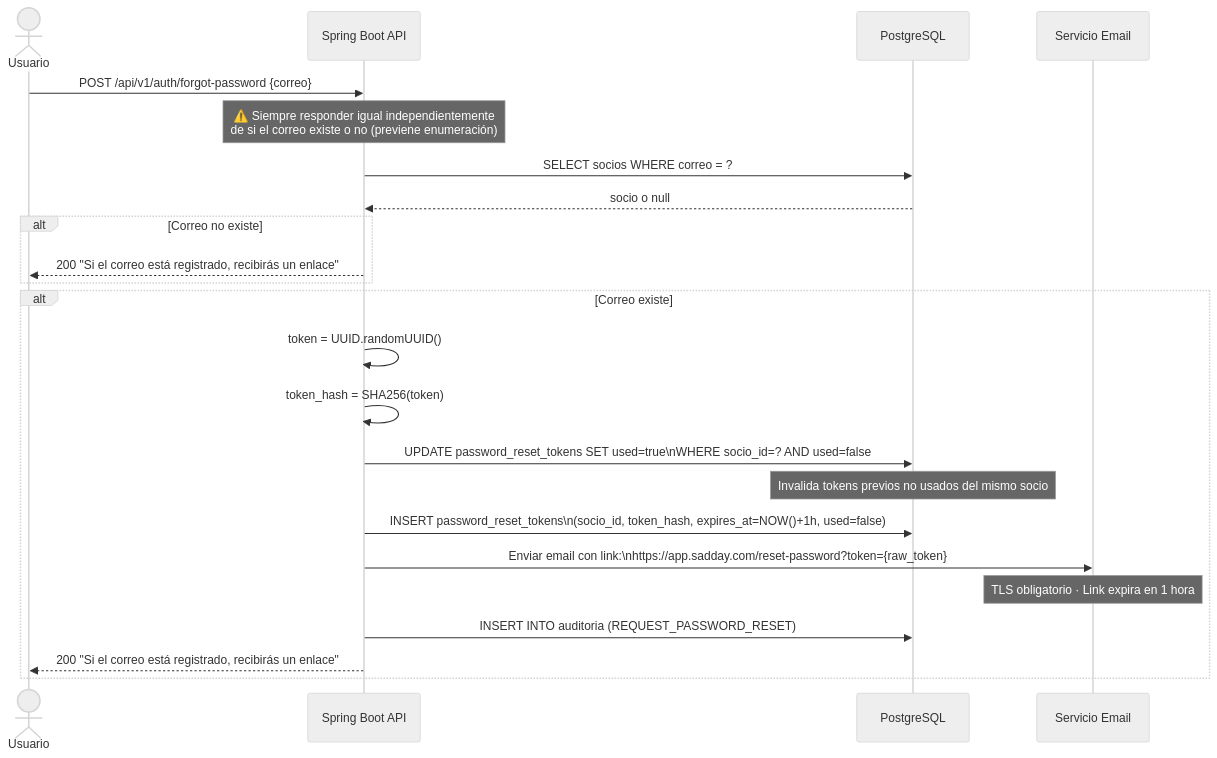
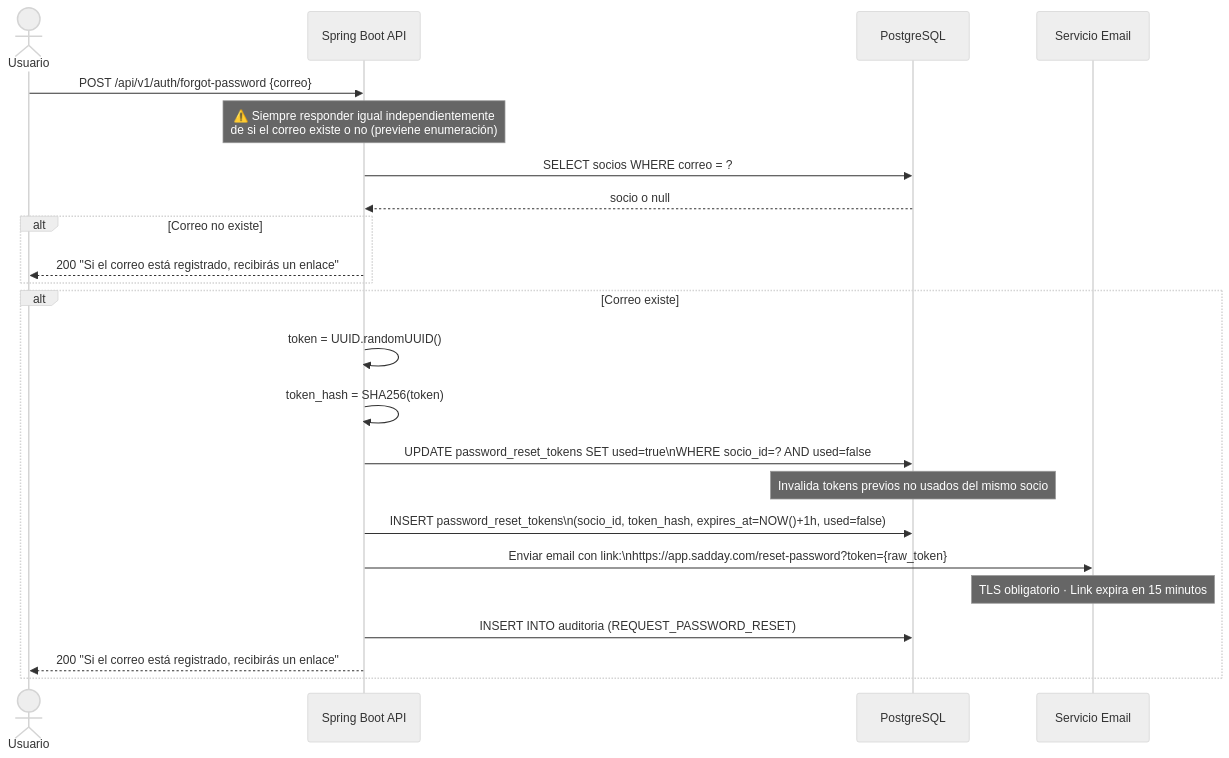
Before and after one commit to ovo86da/sadday-app: the first of 5 diagrams in docs/security/diagramas/03_flujo_reset_password.md, drawn with Mermaid (neutral theme). The commit also changed other lines of this file and 3 other files, not shown here.

Commit message:
docs(diagramas): corregir 4 errores factuales en diagramas y arquitectura general

````diff
--- a/docs/security/diagramas/03_flujo_reset_password.md
+++ b/docs/security/diagramas/03_flujo_reset_password.md
@@ -5,30 +5,30 @@
 ```mermaid
 sequenceDiagram
     actor U as Usuario
     participant API as Spring Boot API
     participant DB as PostgreSQL
     participant EMAIL as Servicio Email
 
     U->>API: POST /api/v1/auth/forgot-password {correo}
 
     Note over API: ⚠️ Siempre responder igual independientemente<br/>de si el correo existe o no (previene enumeración)
 
     API->>DB: SELECT socios WHERE correo = ?
     DB-->>API: socio o null
 
     alt Correo no existe
         API-->>U: 200 "Si el correo está registrado, recibirás un enlace"
     end
 
     alt Correo existe
         API->>API: token = UUID.randomUUID()
         API->>API: token_hash = SHA256(token)
         API->>DB: UPDATE password_reset_tokens SET used=true\nWHERE socio_id=? AND used=false
         Note over DB: Invalida tokens previos no usados del mismo socio
         API->>DB: INSERT password_reset_tokens\n(socio_id, token_hash, expires_at=NOW()+1h, used=false)
         API->>EMAIL: Enviar email con link:\nhttps://app.sadday.com/reset-password?token={raw_token}
-        Note over EMAIL: TLS obligatorio · Link expira en 1 hora
+        Note over EMAIL: TLS obligatorio · Link expira en 15 minutos
         API->>DB: INSERT INTO auditoria (REQUEST_PASSWORD_RESET)
         API-->>U: 200 "Si el correo está registrado, recibirás un enlace"
     end
 ```
````
